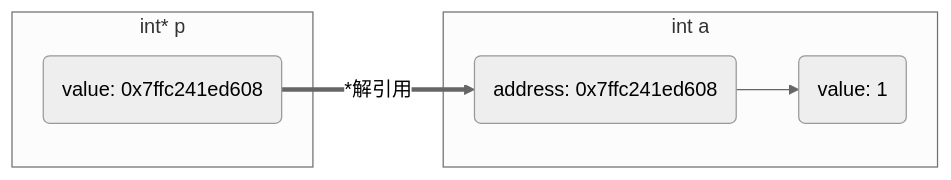
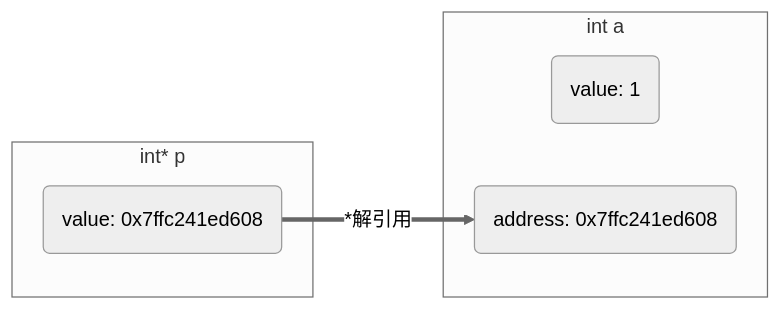
The third of 10 diagrams in _posts/c_c++/pointer/2022-01-08-pointer.md (dmjcb/dmjcb.github.io), drawn with Mermaid (neutral theme) before and after one commit. The commit also changed other lines of this file and 16 other files, not shown here.

````diff
--- a/_posts/c_c++/pointer/2022-01-08-pointer.md
+++ b/_posts/c_c++/pointer/2022-01-08-pointer.md
@@ -108,14 +108,14 @@
 ```mermaid
 graph LR;
     subgraph a[int a]
         V2(value: 1)
         A2(address: 0x7ffc241ed608)
     end
 
     subgraph p[int* p]
         V1(value: 0x7ffc241ed608)
     end
 
     V1=="*解引用"==>A2
-    A2-->V2
+
 ```
````
